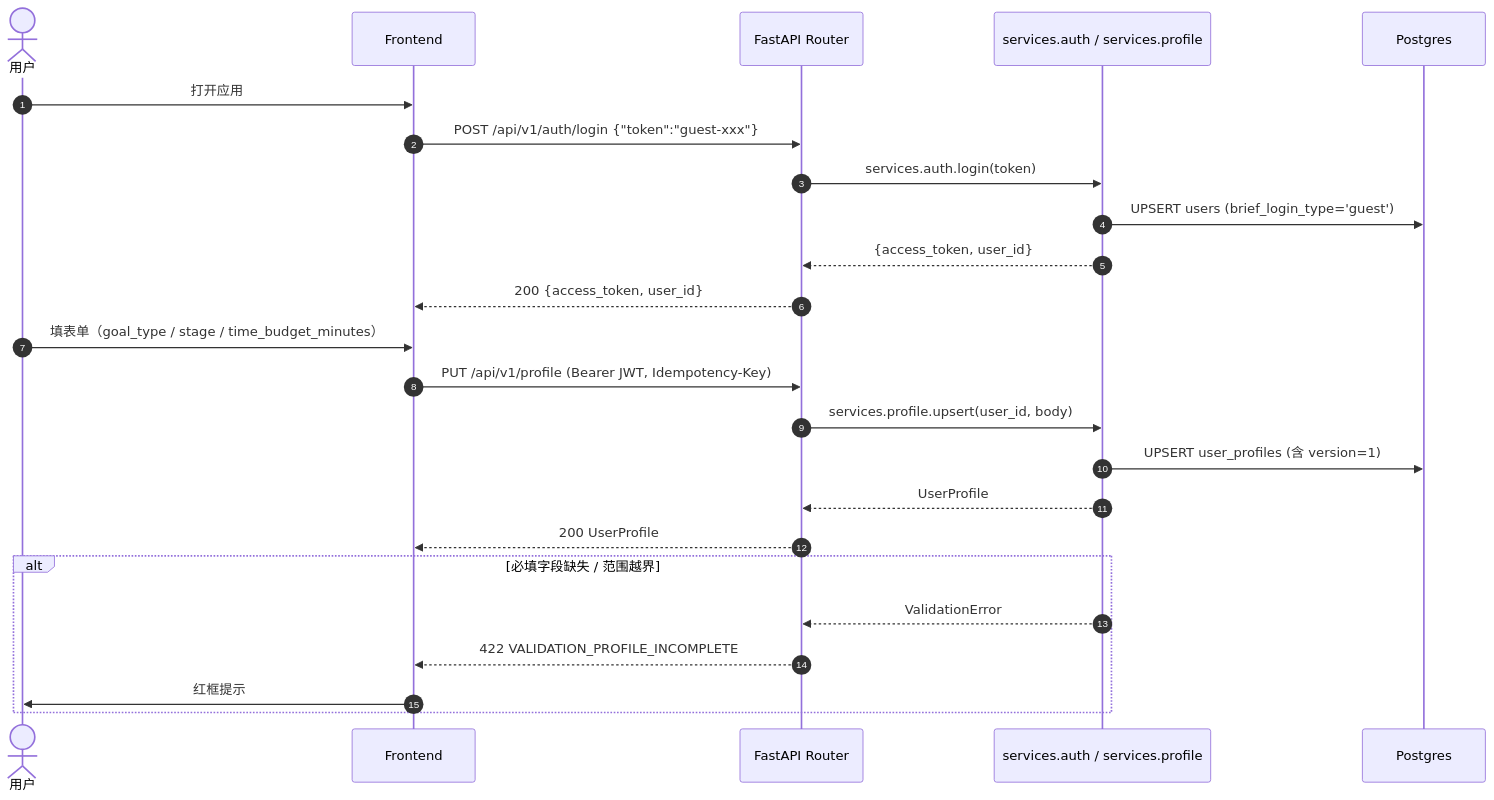
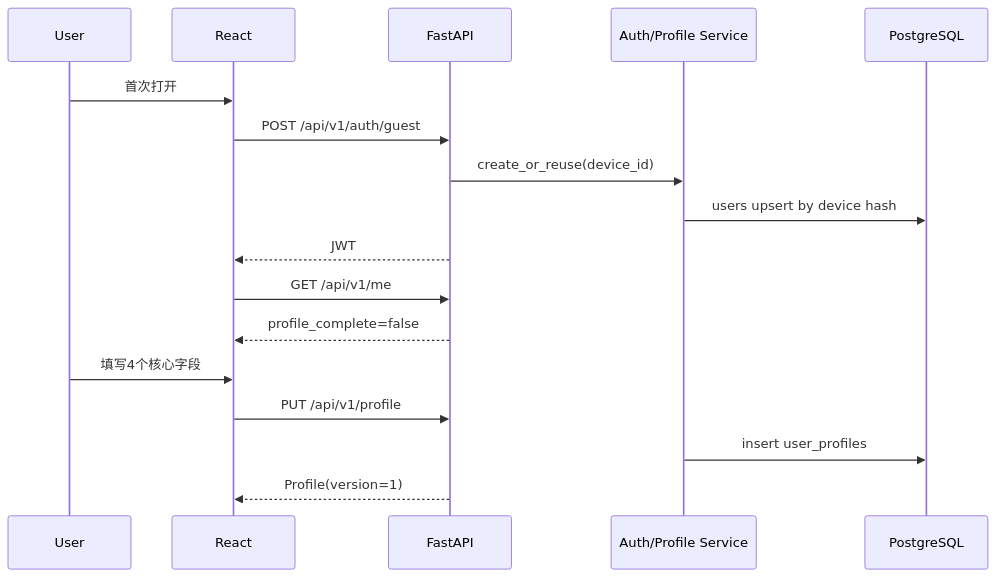
Before and after one commit to lyyjsr/career-planning-buddy: the diagram in docs/model-design/feature-flows/01-onboarding-profile.md, drawn with Mermaid. The commit also changed other lines of this file and 155 other files, not shown here.

````diff
--- a/docs/model-design/feature-flows/01-onboarding-profile.md
+++ b/docs/model-design/feature-flows/01-onboarding-profile.md
@@ -36,29 +3,19 @@
 ```mermaid
 sequenceDiagram
-    autonumber
-    actor U as 用户
-    participant FE as Frontend
-    participant API as FastAPI Router
-    participant SVC as services.auth / services.profile
-    participant DB as Postgres
-
-    U->>FE: 打开应用
-    FE->>API: POST /api/v1/auth/login {"token":"guest-xxx"}
-    API->>SVC: services.auth.login(token)
-    SVC->>DB: UPSERT users (brief_login_type='guest')
-    SVC-->>API: {access_token, user_id}
-    API-->>FE: 200 {access_token, user_id}
-
-    U->>FE: 填表单（goal_type / stage / time_budget_minutes）
-    FE->>API: PUT /api/v1/profile (Bearer JWT, Idempotency-Key)
-    API->>SVC: services.profile.upsert(user_id, body)
-    SVC->>DB: UPSERT user_profiles (含 version=1)
-    SVC-->>API: UserProfile
-    API-->>FE: 200 UserProfile
-
-    alt 必填字段缺失 / 范围越界
-        SVC-->>API: ValidationError
-        API-->>FE: 422 VALIDATION_PROFILE_INCOMPLETE
-        FE->>U: 红框提示
-    end
+    participant U as User
+    participant FE as React
+    participant API as FastAPI
+    participant SVC as Auth/Profile Service
+    participant DB as PostgreSQL
+    U->>FE: 首次打开
+    FE->>API: POST /api/v1/auth/guest
+    API->>SVC: create_or_reuse(device_id)
+    SVC->>DB: users upsert by device hash
+    API-->>FE: JWT
+    FE->>API: GET /api/v1/me
+    API-->>FE: profile_complete=false
+    U->>FE: 填写4个核心字段
+    FE->>API: PUT /api/v1/profile
+    SVC->>DB: insert user_profiles
+    API-->>FE: Profile(version=1)
 ```
````
